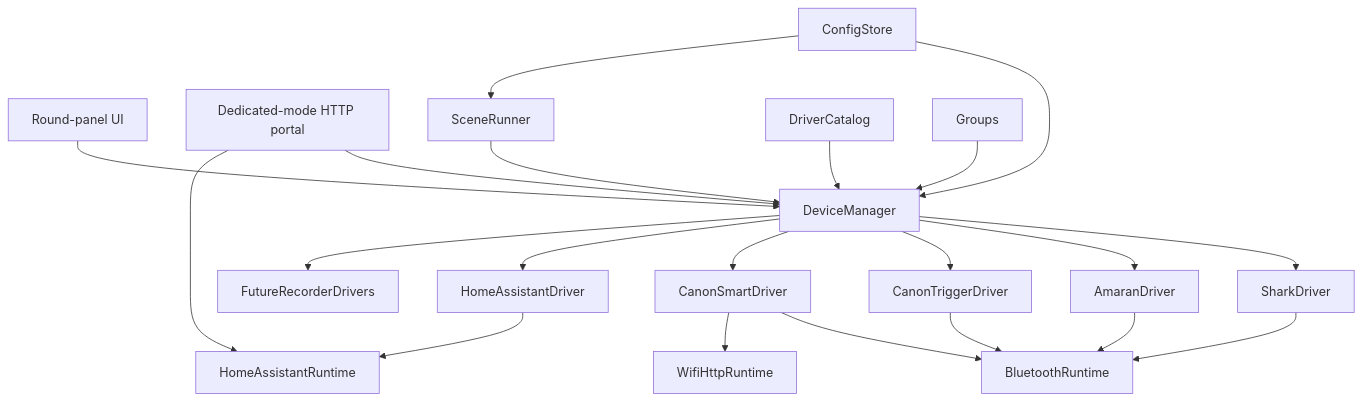
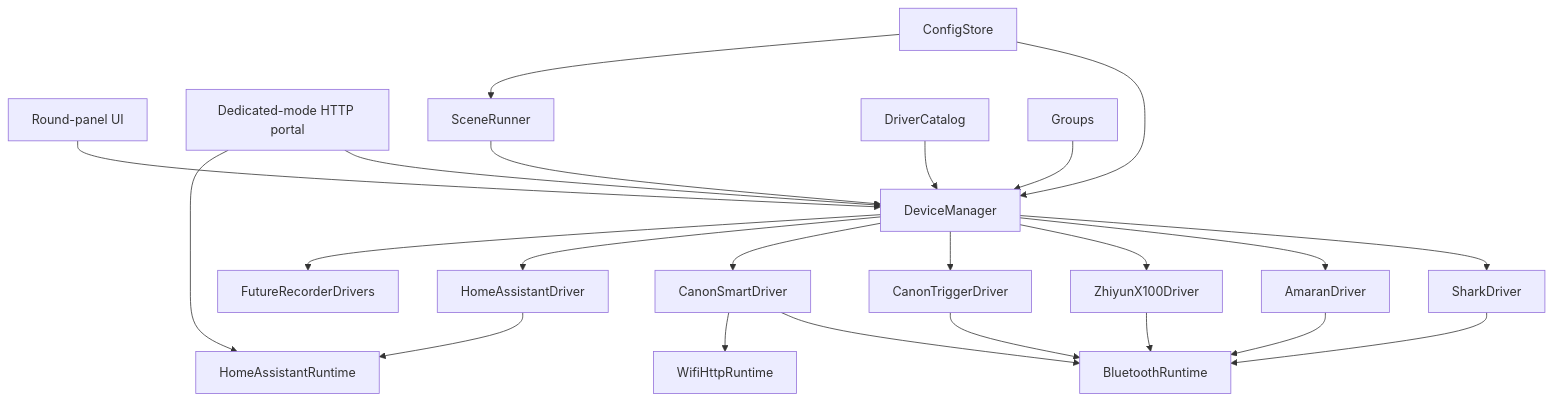
One commit to nethunter/bleep changed the diagram in docs/architecture.md. Above: the diagram before and after it, drawn with Mermaid. The commit also changed other lines of this file and 32 other files, not shown here.

Commit message:
Add experimental ZHIYUN MOLUS X100 driver support

````diff
--- a/docs/architecture.md
+++ b/docs/architecture.md
@@ -14,23 +14,25 @@
 ```mermaid
 flowchart TB
   PanelUI["Round-panel UI"] --> DeviceManager
   PortalUI["Dedicated-mode HTTP portal"] --> DeviceManager
   SceneRunner --> DeviceManager
   DriverCatalog --> DeviceManager
   Groups --> DeviceManager
   DeviceManager --> SharkDriver
   DeviceManager --> AmaranDriver
+  DeviceManager --> ZhiyunX100Driver
   DeviceManager --> CanonTriggerDriver
   DeviceManager --> CanonSmartDriver
   DeviceManager --> HomeAssistantDriver
   DeviceManager --> FutureRecorderDrivers
   SharkDriver --> BluetoothRuntime
   AmaranDriver --> BluetoothRuntime
+  ZhiyunX100Driver --> BluetoothRuntime
   CanonTriggerDriver --> BluetoothRuntime
   CanonSmartDriver --> BluetoothRuntime
   CanonSmartDriver --> WifiHttpRuntime
   HomeAssistantDriver --> HomeAssistantRuntime
   PortalUI --> HomeAssistantRuntime
   ConfigStore --> DeviceManager
   ConfigStore --> SceneRunner
 ```
````
